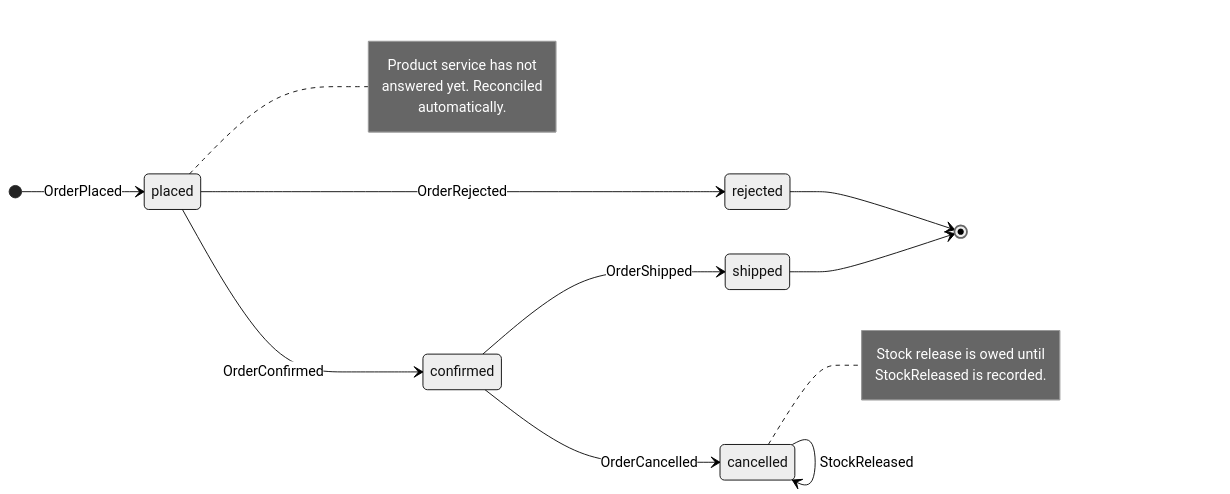
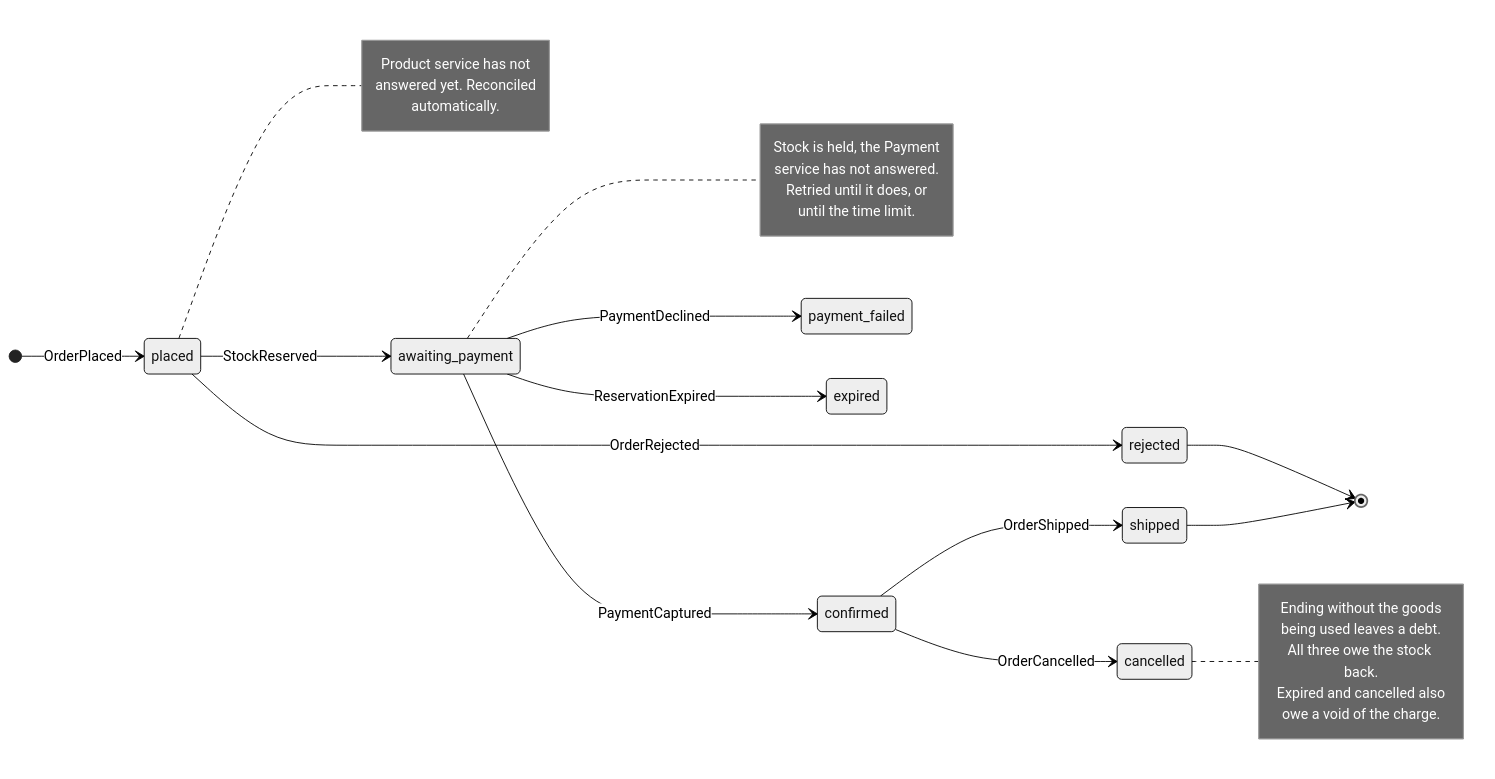
One commit to surabhis16/gocart changed the diagram in docs/diagrams/order-lifecycle.mmd. Above: the diagram before and after it, drawn with Mermaid (neutral theme). The commit also changed 76 other files, not shown here.

Commit message:
payment service

```diff
--- a/docs/diagrams/order-lifecycle.mmd
+++ b/docs/diagrams/order-lifecycle.mmd
@@ -1,19 +1,30 @@
 stateDiagram-v2
     direction LR
     [*] --> placed: OrderPlaced
-    placed --> confirmed: OrderConfirmed
+    placed --> awaiting_payment: StockReserved
     placed --> rejected: OrderRejected
+    awaiting_payment --> confirmed: PaymentCaptured
+    awaiting_payment --> payment_failed: PaymentDeclined
+    awaiting_payment --> expired: ReservationExpired
     confirmed --> shipped: OrderShipped
     confirmed --> cancelled: OrderCancelled
-    cancelled --> cancelled: StockReleased
     rejected --> [*]
     shipped --> [*]
     note right of placed
         Product service has not
         answered yet. Reconciled
         automatically.
     end note
+    note right of awaiting_payment
+        Stock is held, the Payment
+        service has not answered.
+        Retried until it does, or
+        until the time limit.
+    end note
     note right of cancelled
-        Stock release is owed until
-        StockReleased is recorded.
+        Ending without the goods
+        being used leaves a debt.
+        All three owe the stock back.
+        Expired and cancelled also
+        owe a void of the charge.
     end note
```
